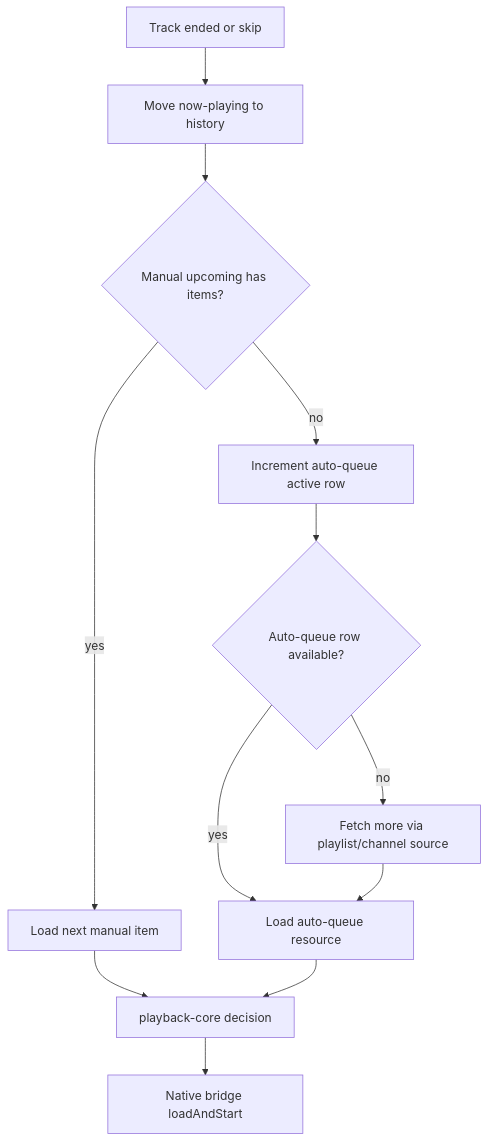
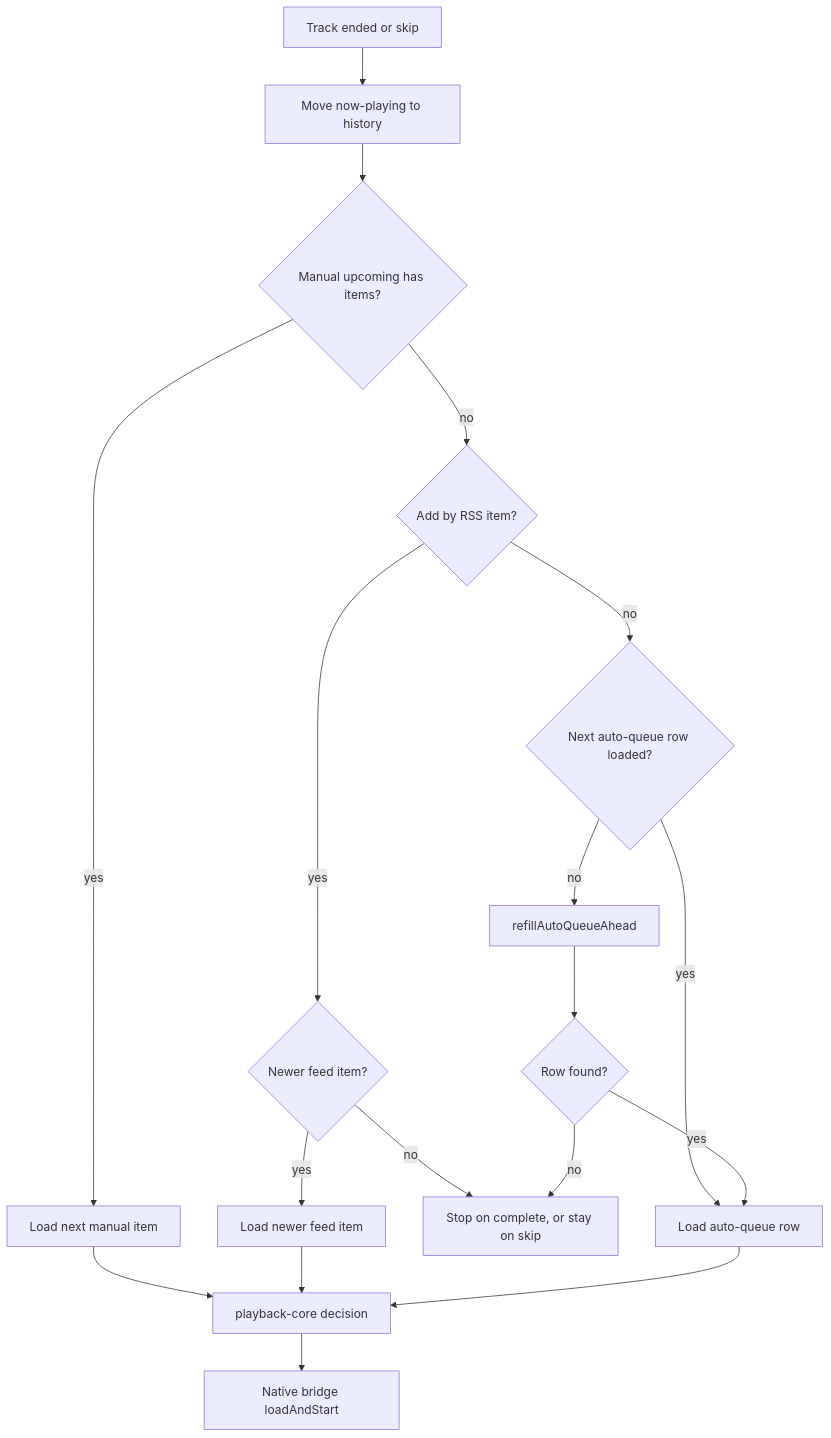
One commit to leogaggl/podverse changed the third of 3 diagrams in docs/proposals/mobile/app-development-process/DOCS-MOBILE-PROCESS-PLAYBACK-QUEUE-PARITY.md. Above: the diagram before and after it, drawn with Mermaid. The commit also changed other lines of this file and 99 other files, not shown here.

````diff
--- a/docs/proposals/mobile/app-development-process/DOCS-MOBILE-PROCESS-PLAYBACK-QUEUE-PARITY.md
+++ b/docs/proposals/mobile/app-development-process/DOCS-MOBILE-PROCESS-PLAYBACK-QUEUE-PARITY.md
@@ -200,14 +251,20 @@
 ```mermaid
 flowchart TD
   Ended[Track ended or skip] --> MoveHist[Move now-playing to history]
   MoveHist --> CheckManual{Manual upcoming has items?}
   CheckManual -- yes --> LoadNext[Load next manual item]
-  CheckManual -- no --> IncRow[Increment auto-queue active row]
-  IncRow --> HaveRow{Auto-queue row available?}
-  HaveRow -- yes --> LoadAuto[Load auto-queue resource]
-  HaveRow -- no --> Prefetch[Fetch more via playlist/channel source]
-  Prefetch --> LoadAuto
+  CheckManual -- no --> AddByRss{Add by RSS item?}
+  AddByRss -- yes --> Newer{Newer feed item?}
+  Newer -- yes --> LoadFeed[Load newer feed item]
+  Newer -- no --> StopOrStay[Stop on complete, or stay on skip]
+  AddByRss -- no --> HaveRow{Next auto-queue row loaded?}
+  HaveRow -- yes --> LoadAuto[Load auto-queue row]
+  HaveRow -- no --> Refill[refillAutoQueueAhead]
+  Refill --> Found{Row found?}
+  Found -- yes --> LoadAuto
+  Found -- no --> StopOrStay
   LoadNext --> Decide[playback-core decision]
+  LoadFeed --> Decide
   LoadAuto --> Decide
   Decide --> Bridge[Native bridge loadAndStart]
 ```
````
